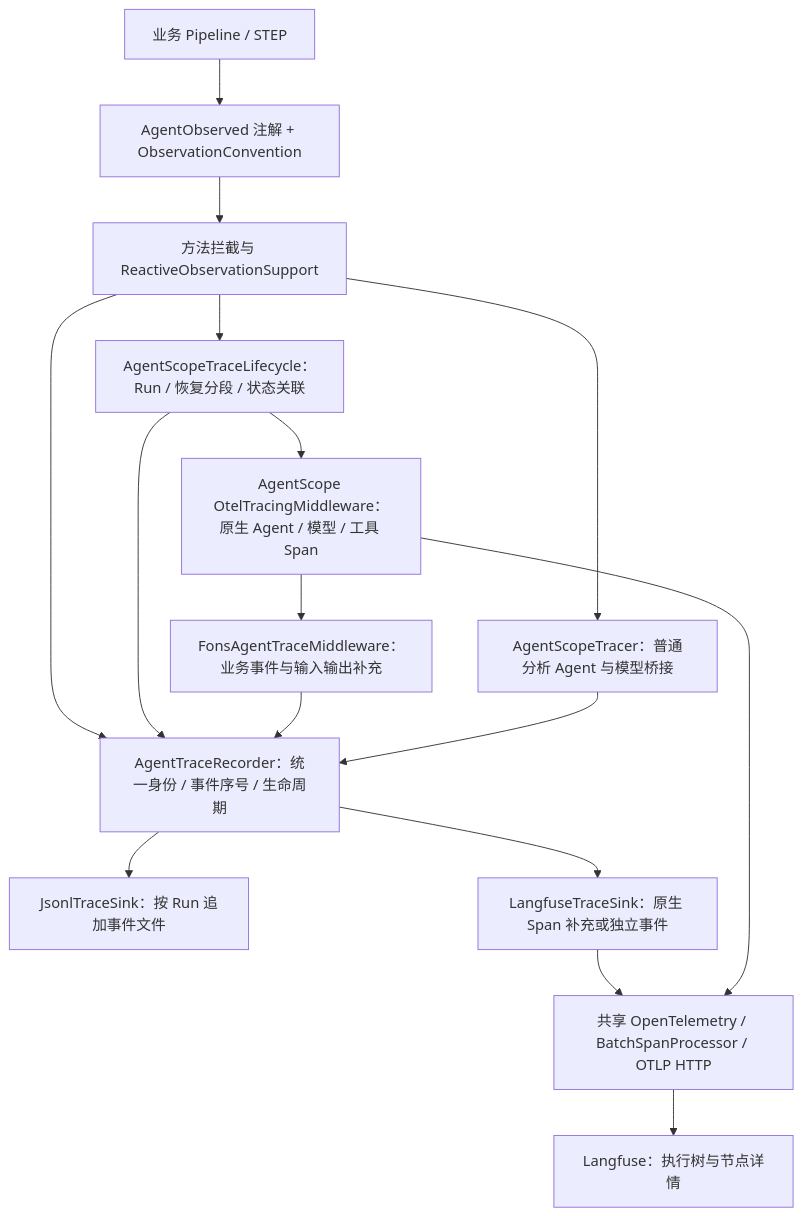
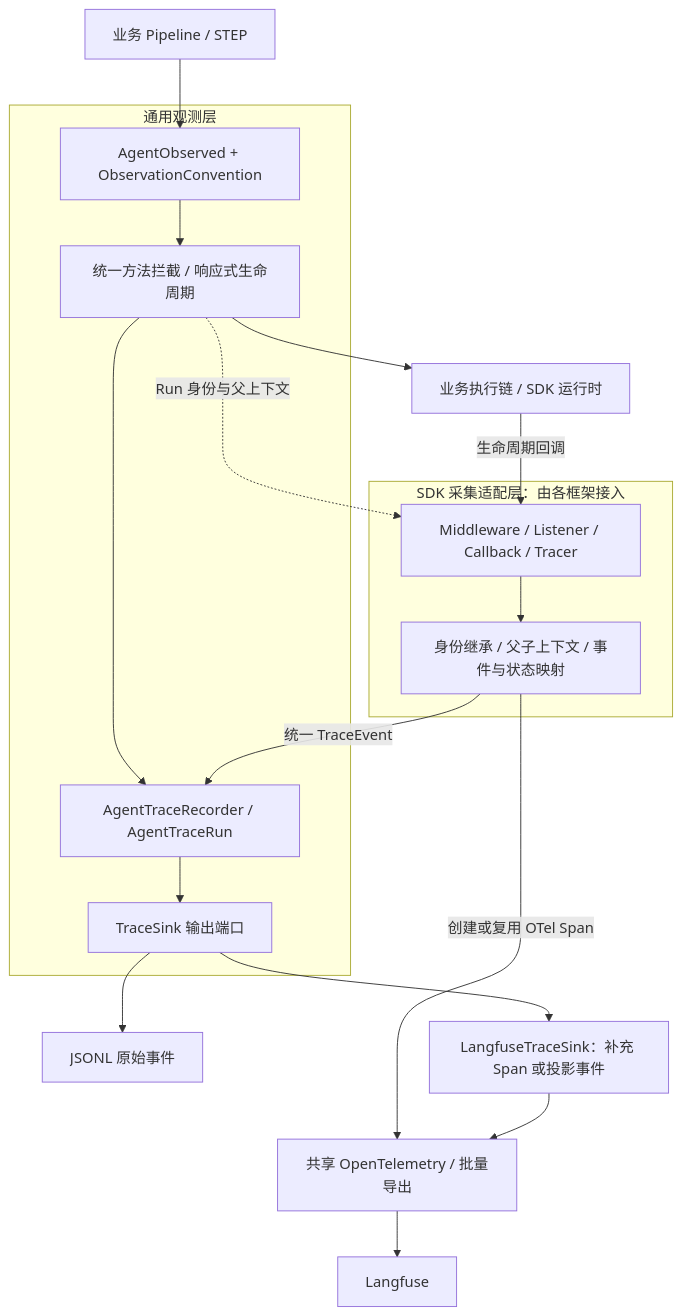
One commit to nauyiq/fons4ai changed the first of 2 diagrams in docs/observability.md. Above: the diagram before and after it, drawn with Mermaid. The commit also changed other lines of this file and 15 other files, not shown here.

````diff
--- a/docs/observability.md
+++ b/docs/observability.md
@@ -13,26 +13,30 @@
 ```mermaid
 flowchart TB
     Business[业务 Pipeline / STEP]
-    Annotation[AgentObserved 注解 + ObservationConvention]
-    Proxy[方法拦截与 ReactiveObservationSupport]
-    Life[AgentScopeTraceLifecycle：Run / 恢复分段 / 状态关联]
-    Native[AgentScope OtelTracingMiddleware：原生 Agent / 模型 / 工具 Span]
-    MW[FonsAgentTraceMiddleware：业务事件与输入输出补充]
-    Bridge[AgentScopeTracer：普通分析 Agent 与模型桥接]
-    Recorder[AgentTraceRecorder：统一身份 / 事件序号 / 生命周期]
-    JSONL[JsonlTraceSink：按 Run 追加事件文件]
-    Sink[LangfuseTraceSink：原生 Span 补充或独立事件]
-    OTel[共享 OpenTelemetry / BatchSpanProcessor / OTLP HTTP]
-    LF[Langfuse：执行树与节点详情]
-    Business --> Annotation --> Proxy
-    Proxy --> Life
-    Proxy --> Bridge
-    Life --> Native --> MW
-    Proxy --> Recorder
-    Life --> Recorder
-    MW --> Recorder
-    Bridge --> Recorder
-    Recorder --> JSONL
-    Recorder --> Sink --> OTel --> LF
-    Native --> OTel
+    Execution[业务执行链 / SDK 运行时]
+    subgraph Common[通用观测层]
+        Annotation[AgentObserved + ObservationConvention]
+        Entry[统一方法拦截 / 响应式生命周期]
+        Recorder[AgentTraceRecorder / AgentTraceRun]
+        Sink[TraceSink 输出端口]
+    end
+    subgraph SDKAdapter[SDK 采集适配层：由各框架接入]
+        Hook[Middleware / Listener / Callback / Tracer]
+        Mapping[身份继承 / 父子上下文 / 事件与状态映射]
+        Hook --> Mapping
+    end
+    JSONL[JSONL 原始事件]
+    Projection[LangfuseTraceSink：补充 Span 或投影事件]
+    OTel[共享 OpenTelemetry / 批量导出]
+    Platform[Langfuse]
+    Business --> Annotation --> Entry
+    Entry --> Execution
+    Entry -. Run 身份与父上下文 .-> Hook
+    Execution -->|生命周期回调| Hook
+    Entry --> Recorder
+    Mapping -->|统一 TraceEvent| Recorder
+    Mapping -->|创建或复用 OTel Span| OTel
+    Recorder --> Sink
+    Sink --> JSONL
+    Sink --> Projection --> OTel --> Platform
 ```
````
